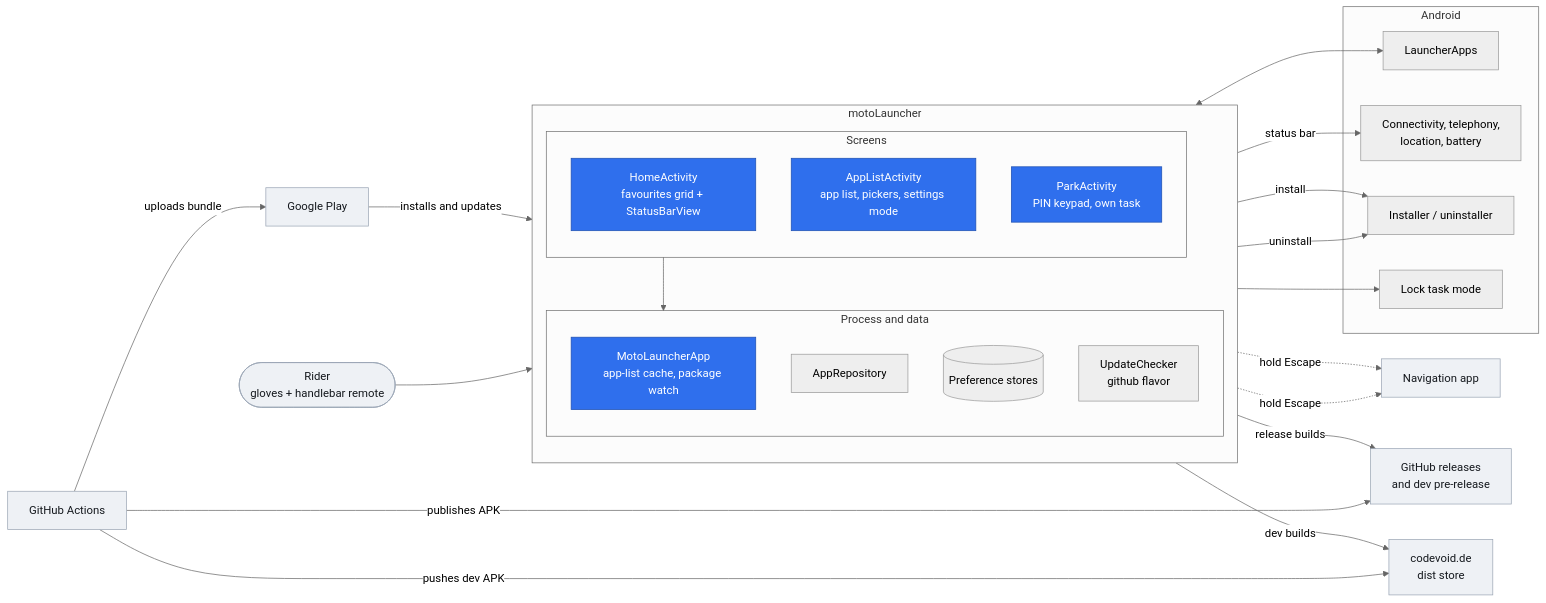
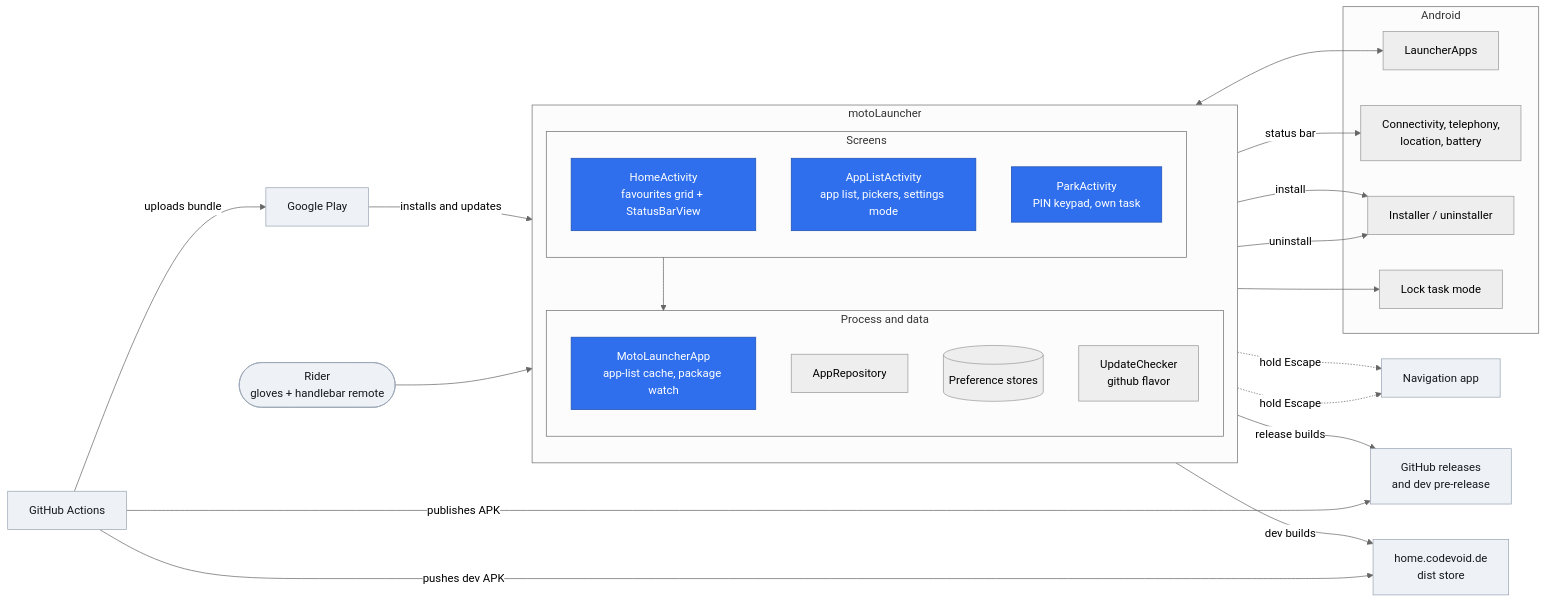
One commit to c0dev0id/motoLauncher changed the first of 3 diagrams in .github/architecture.md. Above: the diagram before and after it, drawn with Mermaid (neutral theme). The commit also changed 8 other files, not shown here.

First line of the commit message:
Use home.codevoid.de for the dist store

````diff
--- a/.github/architecture.md
+++ b/.github/architecture.md
@@ -7,53 +7,53 @@
 ```mermaid
 flowchart LR
     rider(["Rider<br/>gloves + handlebar remote"])
 
     subgraph launcher["motoLauncher"]
         direction TB
         subgraph screens["Screens"]
             home["HomeActivity<br/>favourites grid + StatusBarView"]
             list["AppListActivity<br/>app list, pickers, settings mode"]
             park["ParkActivity<br/>PIN keypad, own task"]
         end
         subgraph core["Process and data"]
             app["MotoLauncherApp<br/>app-list cache, package watch"]
             repo["AppRepository"]
             stores[("Preference stores")]
             update["UpdateChecker<br/>github flavor"]
         end
         screens --> core
     end
 
     subgraph android["Android"]
         la["LauncherApps"]
         sys["Connectivity, telephony,<br/>location, battery"]
         installer["Installer / uninstaller"]
         locktask["Lock task mode"]
     end
 
     nav["Navigation app"]
     gh["GitHub releases<br/>and dev pre-release"]
-    dist["codevoid.de<br/>dist store"]
+    dist["home.codevoid.de<br/>dist store"]
     play["Google Play"]
     ci["GitHub Actions"]
 
     rider --> screens
     home -. hold Escape .-> nav
     list -. hold Escape .-> nav
     home -- status bar --> sys
     park --> locktask
     repo <--> la
     repo -- uninstall --> installer
     update -- install --> installer
     update -- release builds --> gh
     update -- dev builds --> dist
     ci -- publishes APK --> gh
     ci -- pushes dev APK --> dist
     ci -- uploads bundle --> play
     play -- installs and updates --> launcher
 
     classDef primary fill:#2F6FED,stroke:#1E4FB0,color:#FFFFFF
     classDef external fill:#EEF1F5,stroke:#9AA5B4,color:#14181D
     class home,list,park,app primary
     class nav,gh,dist,play,ci,rider external
 ```
````
